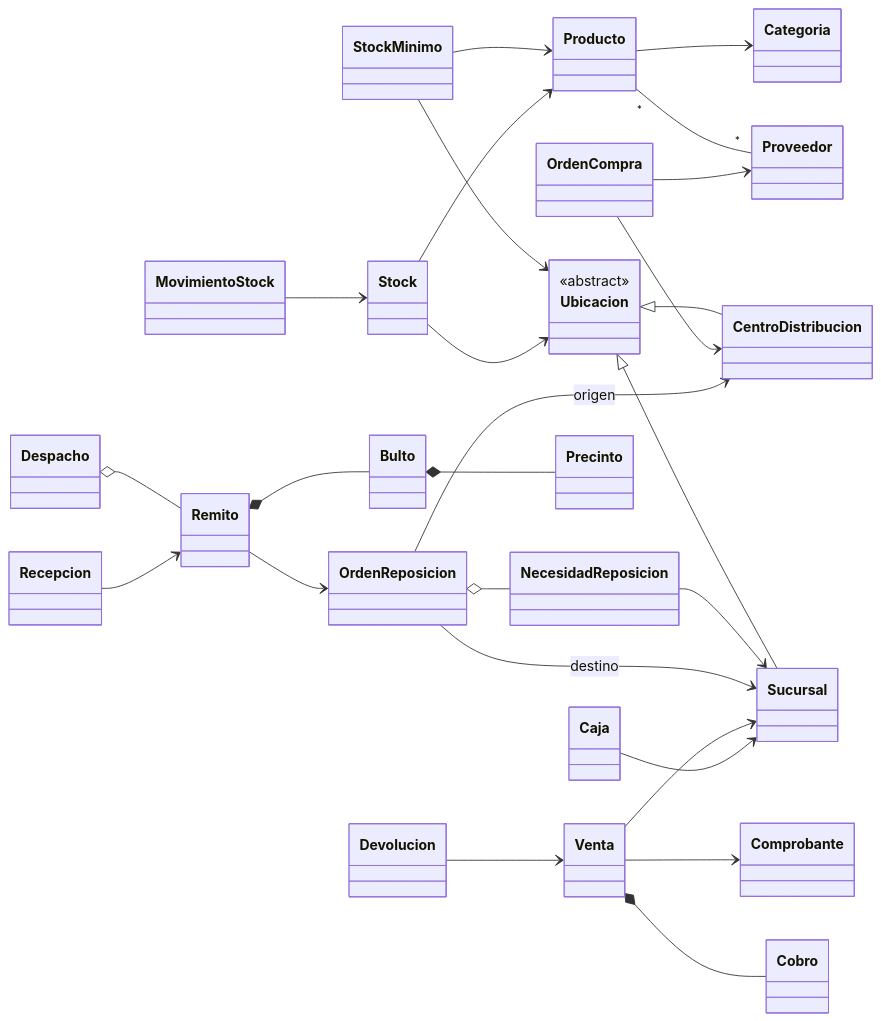
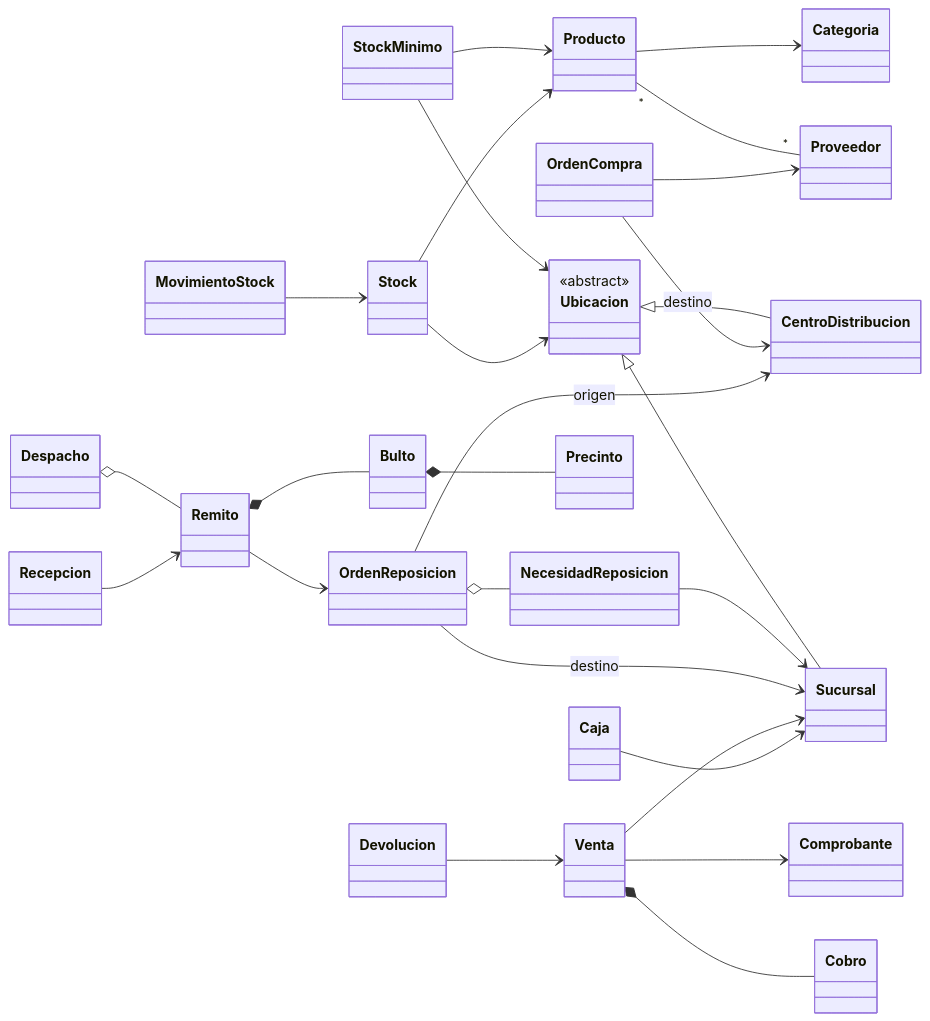
Before and after one commit to joaquin-brachetto/DAO-TP: the first of 12 diagrams in docs/modelo_dominio.md, drawn with Mermaid. The commit also changed other lines of this file and 14 other files, not shown here.

````diff
--- a/docs/modelo_dominio.md
+++ b/docs/modelo_dominio.md
@@ -21,59 +29,59 @@
 ```mermaid
 classDiagram
     direction LR
 
     class Ubicacion { <<abstract>> }
     class Sucursal
     class CentroDistribucion
     class Producto
     class Categoria
     class Proveedor
     class StockMinimo
 
     class Stock
     class MovimientoStock
     class OrdenCompra
     class NecesidadReposicion
     class OrdenReposicion
 
     class Remito
     class Bulto
     class Precinto
     class Despacho
     class Recepcion
 
     class Venta
     class Cobro
     class Comprobante
     class Devolucion
     class Caja
 
     Ubicacion <|-- Sucursal
     Ubicacion <|-- CentroDistribucion
     Producto --> Categoria
     Producto "*" -- "*" Proveedor
     StockMinimo --> Producto
     StockMinimo --> Ubicacion
 
     Stock --> Producto
     Stock --> Ubicacion
     MovimientoStock --> Stock
     OrdenCompra --> Proveedor
-    OrdenCompra --> CentroDistribucion
+    OrdenCompra --> CentroDistribucion : destino
     NecesidadReposicion --> Sucursal
     OrdenReposicion o-- NecesidadReposicion
     OrdenReposicion --> CentroDistribucion : origen
     OrdenReposicion --> Sucursal : destino
 
     Remito --> OrdenReposicion
     Remito *-- Bulto
     Bulto *-- Precinto
     Despacho o-- Remito
     Recepcion --> Remito
 
     Venta --> Sucursal
     Venta *-- Cobro
     Venta --> Comprobante
     Devolucion --> Venta
     Caja --> Sucursal
 ```
````
